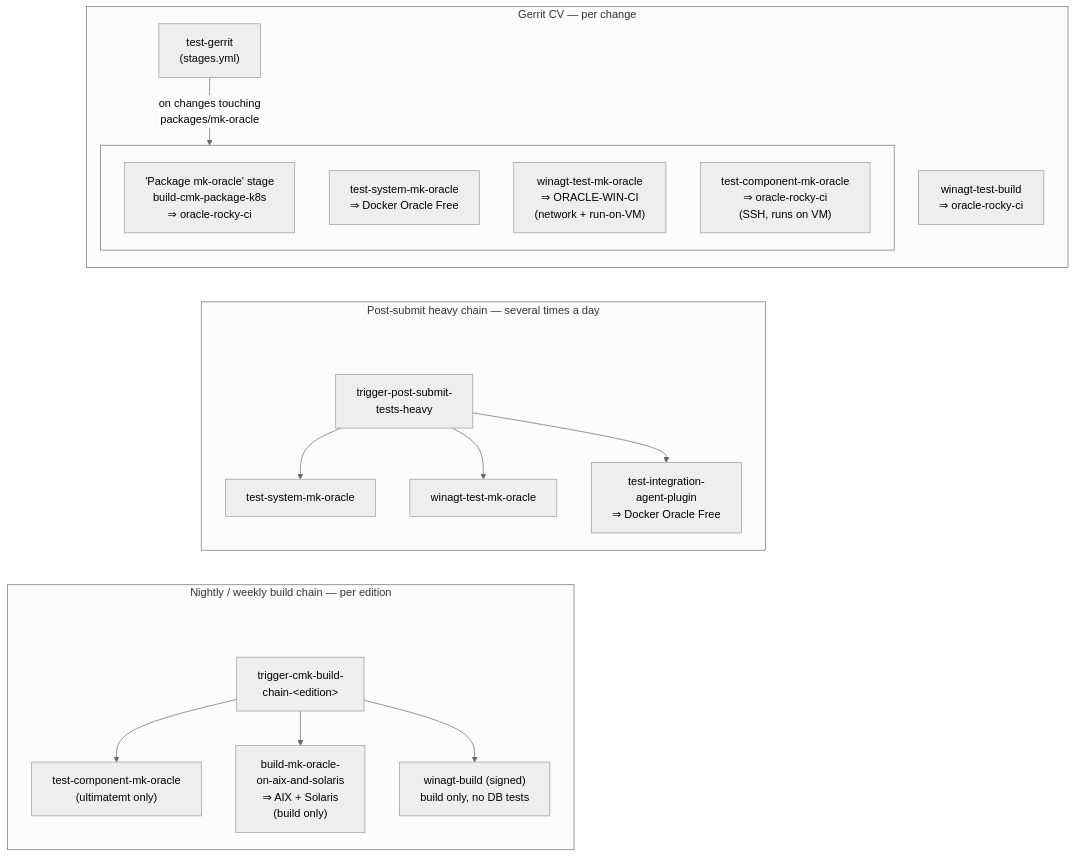
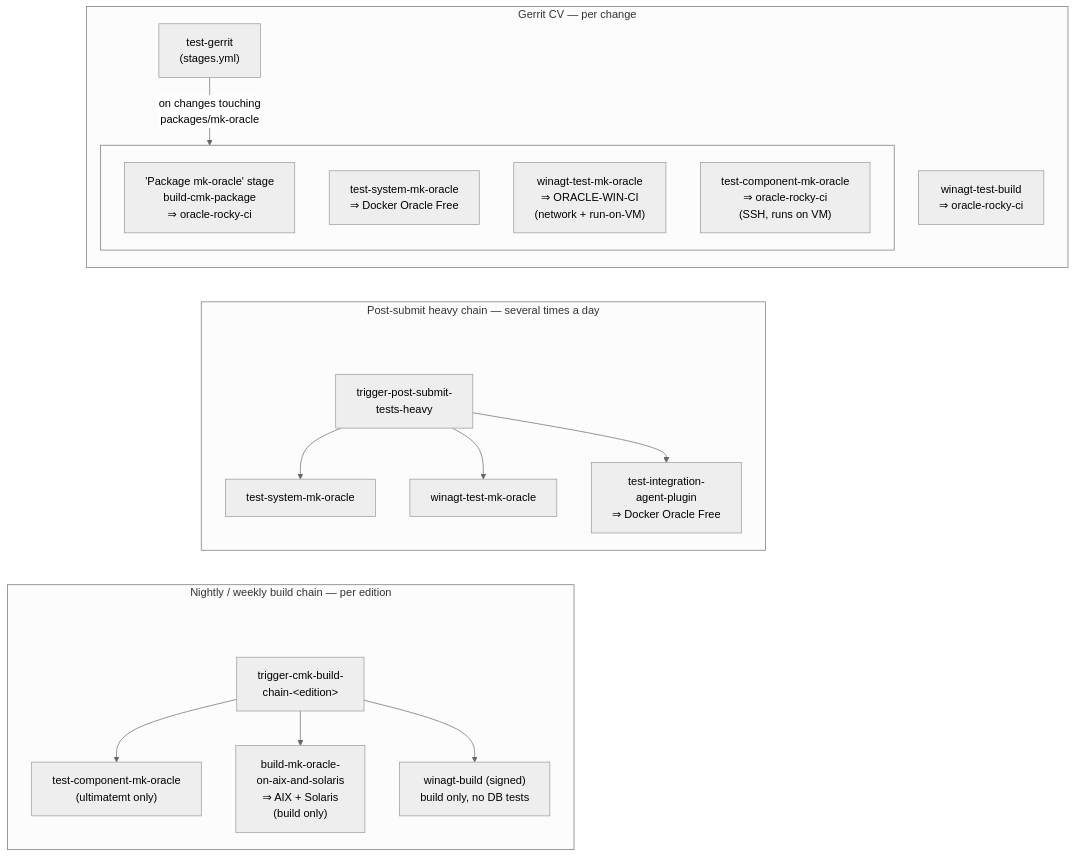
Before and after one commit to Checkmk/checkmk: the diagram in packages/mk-oracle/tests/docs/ci-jobs.md, drawn with Mermaid (neutral theme). The commit also changed other lines of this file and 1 other file, not shown here.

First line of the commit message:
ci: start build-cmk-package instead of the -k8s job

````diff
--- a/packages/mk-oracle/tests/docs/ci-jobs.md
+++ b/packages/mk-oracle/tests/docs/ci-jobs.md
@@ -23,45 +23,45 @@
 ```mermaid
 flowchart TD
     subgraph CV["Gerrit CV — per change"]
         TG["test-gerrit<br/>(stages.yml)"]
         WTB["winagt-test-build<br/>⇒ oracle-rocky-ci"]
         subgraph CVORA[" "]
-            PKG["'Package mk-oracle' stage<br/>build-cmk-package-k8s<br/>⇒ oracle-rocky-ci"]
+            PKG["'Package mk-oracle' stage<br/>build-cmk-package<br/>⇒ oracle-rocky-ci"]
             CVTSM["test-system-mk-oracle<br/>⇒ Docker Oracle Free"]
             CVWMO["winagt-test-mk-oracle<br/>⇒ ORACLE-WIN-CI<br/>(network + run-on-VM)"]
             CVTCM["test-component-mk-oracle<br/>⇒ oracle-rocky-ci<br/>(SSH, runs on VM)"]
         end
         TG -->|"on changes touching<br/>packages/mk-oracle"| CVORA
     end
 
     subgraph HEAVY["Post-submit heavy chain — several times a day"]
         HSPACE[" "]
         TH["trigger-post-submit-<br/>tests-heavy"]
         HSPACE ~~~ TH
         HTSM["test-system-mk-oracle"]
         HWMO["winagt-test-mk-oracle"]
         IAP["test-integration-<br/>agent-plugin<br/>⇒ Docker Oracle Free"]
         TH --> HTSM
         TH --> HWMO
         TH --> IAP
     end
 
     subgraph NIGHTLY["Nightly / weekly build chain — per edition"]
         NSPACE[" "]
         BC["trigger-cmk-build-<br/>chain-&lt;edition&gt;"]
         NSPACE ~~~ BC
         NTCM["test-component-mk-oracle<br/>(ultimatemt only)"]
         AIXSOL["build-mk-oracle-<br/>on-aix-and-solaris<br/>⇒ AIX + Solaris<br/>(build only)"]
         WB["winagt-build (signed)<br/>build only, no DB tests"]
         BC --> NTCM
         BC --> AIXSOL
         BC --> WB
     end
 
     %% invisible links: keep the blocks in development-workflow order
     CVTSM ~~~ HSPACE
     HTSM ~~~ NSPACE
 
     classDef spacer fill:none,stroke:none
     class HSPACE,NSPACE spacer
 ```
````
